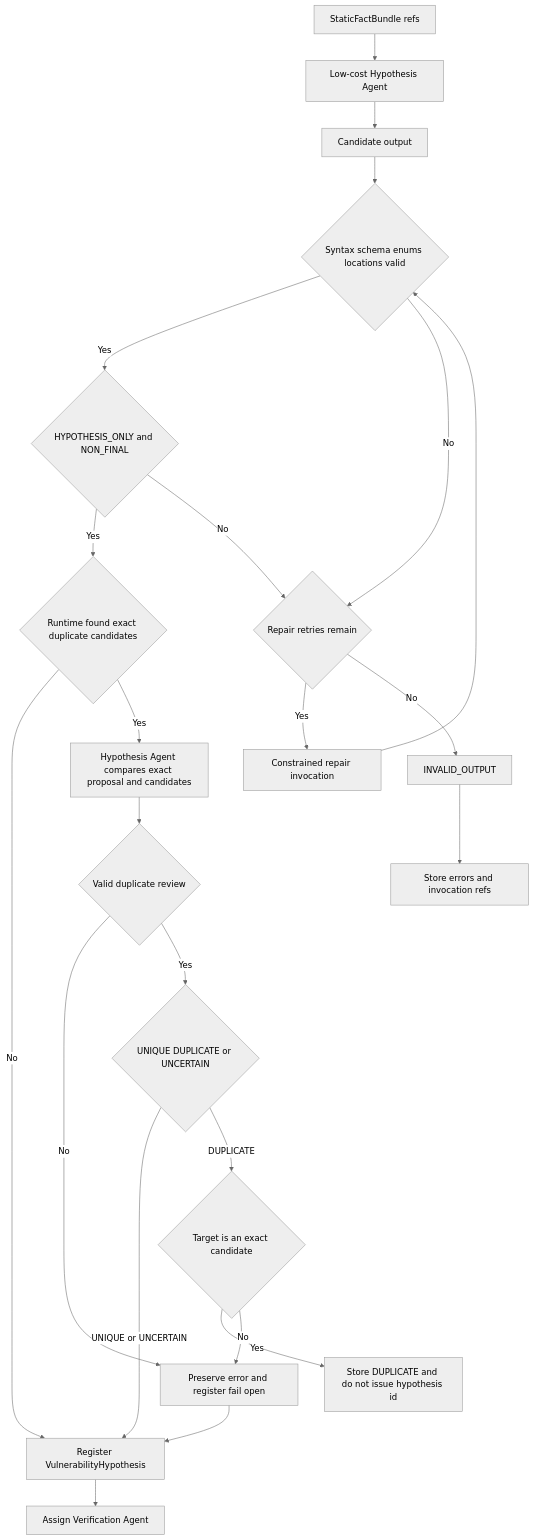
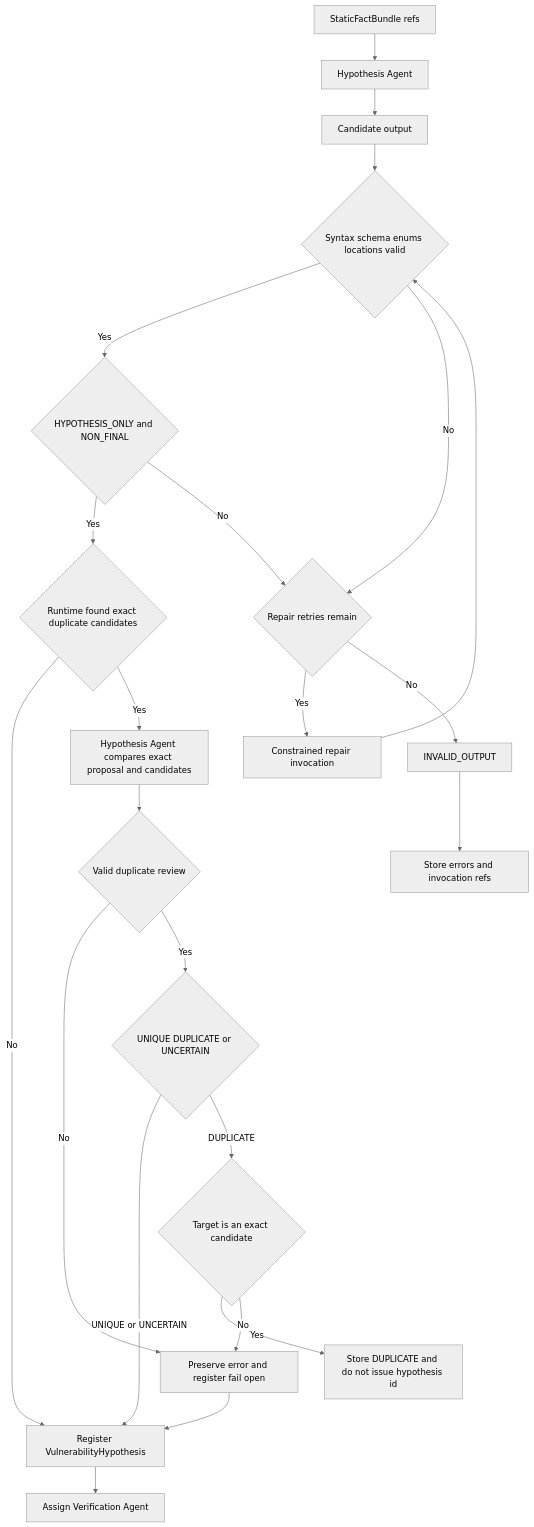
The third of 13 diagrams in docs/architecture-v5/13-architecture-diagrams.md (SASTsimi/sastsimi), drawn with Mermaid (neutral theme) before and after one commit. The commit also changed other lines of this file and 11 other files, not shown here.

Commit message:
docs: standardize Hypothesis Agent naming

````diff
--- a/docs/architecture-v5/13-architecture-diagrams.md
+++ b/docs/architecture-v5/13-architecture-diagrams.md
@@ -148,25 +148,25 @@
 ```mermaid
 flowchart TB
-    FACTS[StaticFactBundle refs] --> HA[Low-cost Hypothesis Agent]
+    FACTS[StaticFactBundle refs] --> HA[Hypothesis Agent]
     HA --> RAW[Candidate output]
     RAW --> SCHEMA{Syntax schema enums locations valid}
     SCHEMA -->|Yes| ASSERT{HYPOTHESIS_ONLY and NON_FINAL}
     ASSERT -->|Yes| CANDIDATES{Runtime found exact duplicate candidates}
     CANDIDATES -->|No| REGISTER[Register VulnerabilityHypothesis]
     CANDIDATES -->|Yes| DUPCALL[Hypothesis Agent compares exact proposal and candidates]
     DUPCALL --> DUPVALID{Valid duplicate review}
     DUPVALID -->|No| FAILOPEN[Preserve error and register fail open]
     DUPVALID -->|Yes| DUPDECISION{UNIQUE DUPLICATE or UNCERTAIN}
     DUPDECISION -->|UNIQUE or UNCERTAIN| REGISTER
     DUPDECISION -->|DUPLICATE| TARGET{Target is an exact candidate}
     TARGET -->|Yes| DUPSTOP[Store DUPLICATE and do not issue hypothesis id]
     TARGET -->|No| FAILOPEN
     FAILOPEN --> REGISTER
     REGISTER --> VERIFY[Assign Verification Agent]
     SCHEMA -->|No| RETRY{Repair retries remain}
     ASSERT -->|No| RETRY
     RETRY -->|Yes| REPAIR[Constrained repair invocation]
     REPAIR --> SCHEMA
     RETRY -->|No| INVALID[INVALID_OUTPUT]
     INVALID --> STORE[Store errors and invocation refs]
 ```
````
